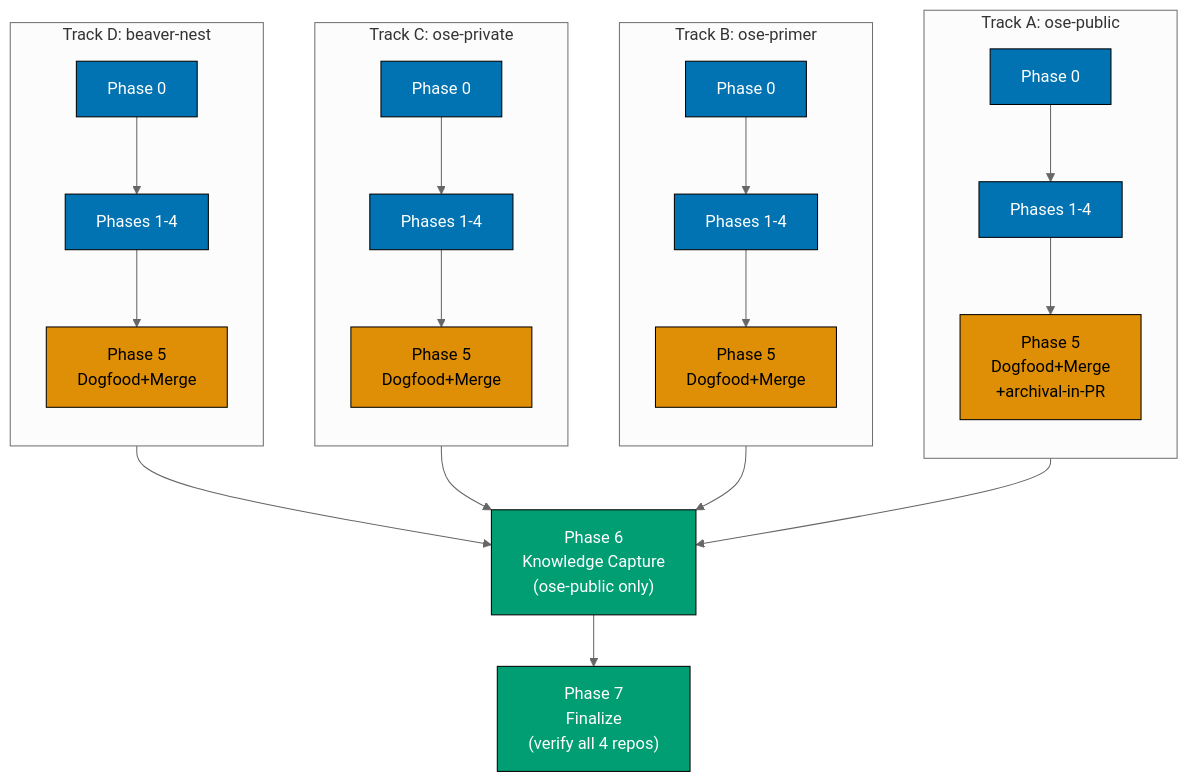
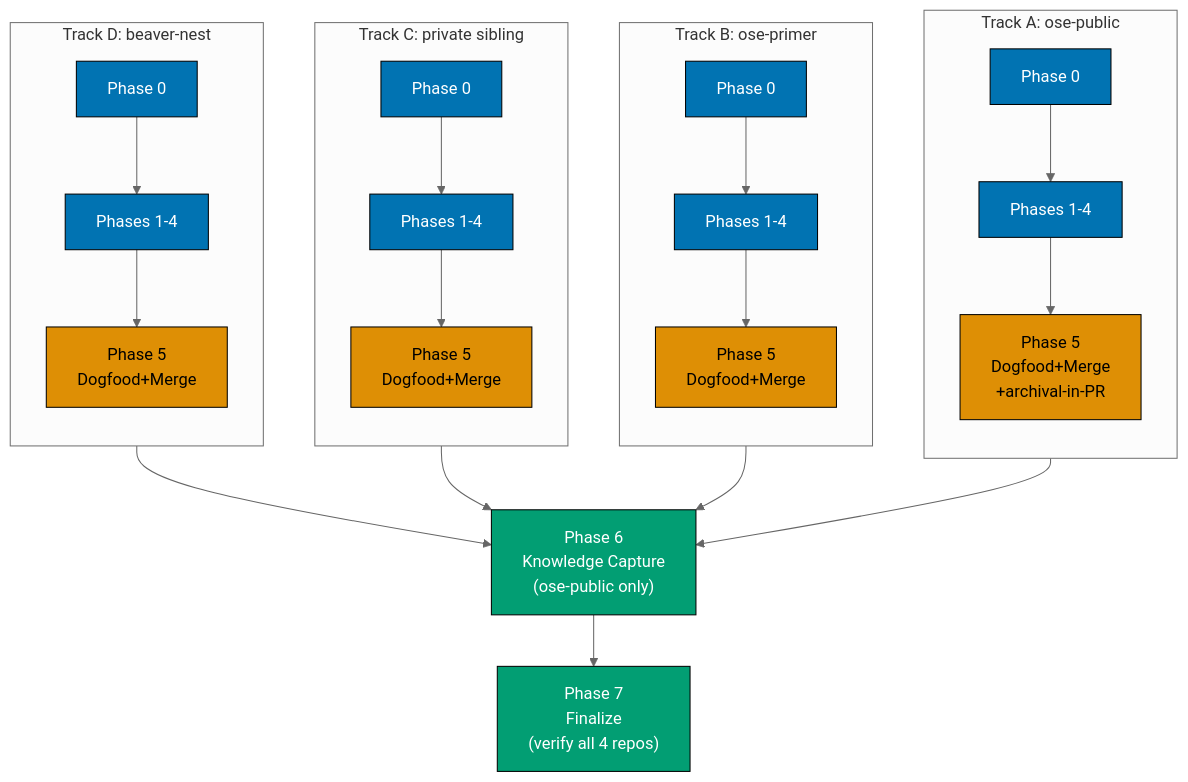
The diagram in plans/done/2026-08-06__pr-review-cycle-scout-and-typesafety/delivery.md (wahidyankf/ose-public), drawn with Mermaid (neutral theme) before and after one commit. The commit also changed other lines of this file and 325 other files, not shown here.

First line of the commit message:
docs(repo): name the private sibling by role, not by repository

````diff
--- a/plans/done/2026-08-06__pr-review-cycle-scout-and-typesafety/delivery.md
+++ b/plans/done/2026-08-06__pr-review-cycle-scout-and-typesafety/delivery.md
@@ -100,32 +100,32 @@
 ```mermaid
 %% Color palette: Blue #0173B2 (worktree execution phases), Orange #DE8F05 (PR boundary),
 %% Teal #029E73 (post-merge phases), Grey #949494 (shared terminal chain)
 %% TD required: parallel-chains-converging-to-one-node layout exceeds LR's horizontal-depth cap
 flowchart TD
   subgraph TA["Track A: ose-public"]
     direction TB
     A0["Phase 0"]:::blue --> A14["Phases 1-4"]:::blue --> A5["Phase 5<br/>Dogfood+Merge<br/>+archival-in-PR"]:::orange
   end
   subgraph TB2["Track B: ose-primer"]
     direction TB
     B0["Phase 0"]:::blue --> B14["Phases 1-4"]:::blue --> B5["Phase 5<br/>Dogfood+Merge"]:::orange
   end
-  subgraph TC["Track C: ose-private"]
+  subgraph TC["Track C: private sibling"]
     direction TB
     C0["Phase 0"]:::blue --> C14["Phases 1-4"]:::blue --> C5["Phase 5<br/>Dogfood+Merge"]:::orange
   end
   subgraph TD["Track D: beaver-nest"]
     direction TB
     D0["Phase 0"]:::blue --> D14["Phases 1-4"]:::blue --> D5["Phase 5<br/>Dogfood+Merge"]:::orange
   end
 
   A5 --> P6["Phase 6<br/>Knowledge Capture<br/>(ose-public only)"]:::teal
   B5 --> P6
   C5 --> P6
   D5 --> P6
   P6 --> P7["Phase 7<br/>Finalize<br/>(verify all 4 repos)"]:::teal
 
   classDef blue fill:#0173B2,stroke:#000000,color:#FFFFFF
   classDef orange fill:#DE8F05,stroke:#000000,color:#000000
   classDef teal fill:#029E73,stroke:#000000,color:#FFFFFF
 ```
````
